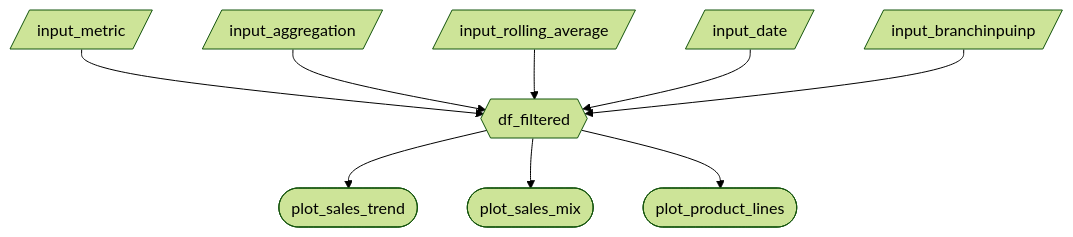
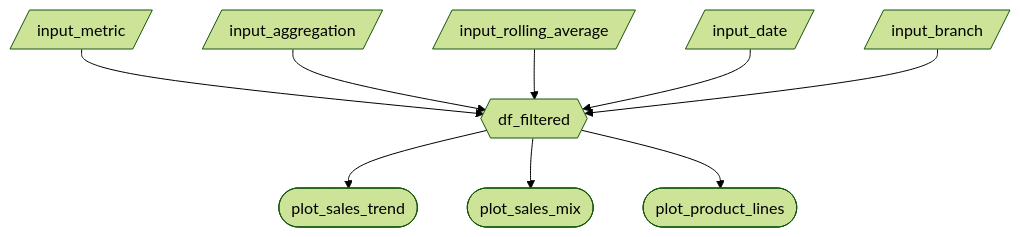
Before and after one commit to UBC-MDS/DSCI-532_2026_2_walmonitor: the diagram in reports/m2_spec.md, drawn with Mermaid (forest theme). The commit also changed other lines of this file, not shown here.

Commit message:
Fix input name

````diff
--- a/reports/m2_spec.md
+++ b/reports/m2_spec.md
@@ -11,11 +21,11 @@
 ```mermaid
 flowchart TD
   A[/input_metric/] --> F{{df_filtered}}
   B[/input_aggregation/] --> F
   C[/input_rolling_average/] --> F
   D[/input_date/] --> F
-  E[/input_branchinpuinp/] --> F
+  E[/input_branch/] --> F
   F --> P1([plot_sales_trend])
   F --> P2([plot_sales_mix])
   F --> P3([plot_product_lines])  
 ```
````
